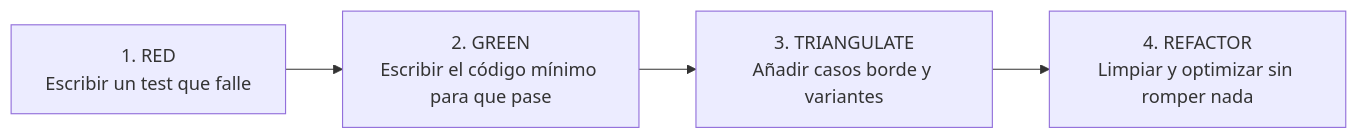
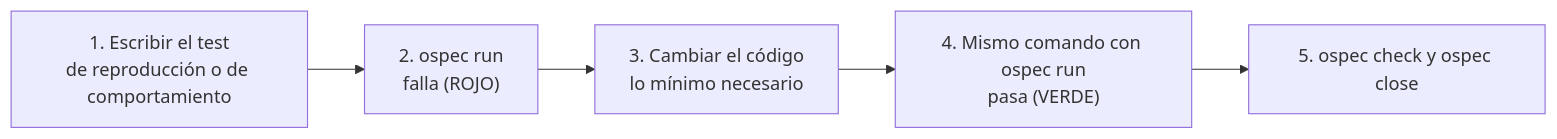
Before and after one commit to Snakeblack/ospec-workflow: the diagram in openwiki/testing-quality/verification.md, drawn with Mermaid. The commit also changed other lines of this file and 27 other files, not shown here.

````diff
--- a/openwiki/testing-quality/verification.md
+++ b/openwiki/testing-quality/verification.md
@@ -9,10 +33,11 @@
 ```mermaid
 flowchart LR
-    A["1. RED
-Escribir un test que falle"] --> B["2. GREEN
-Escribir el código mínimo para que pase"]
-    B --> C["3. TRIANGULATE
-Añadir casos borde y variantes"]
-    C --> D["4. REFACTOR
-Limpiar y optimizar sin romper nada"]
+    A["1. Escribir el test
+de reproducción o de comportamiento"] --> B["2. ospec run
+falla (ROJO)"]
+    B --> C["3. Cambiar el código
+lo mínimo necesario"]
+    C --> D["4. Mismo comando con ospec run
+pasa (VERDE)"]
+    D --> E["5. ospec check y ospec close"]
 ```
````
